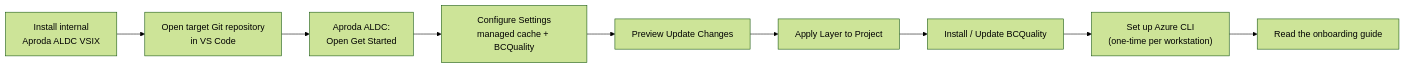
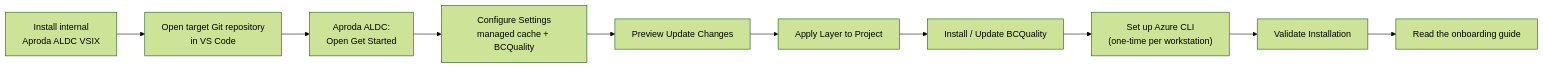
One commit to Aproda-AG/ALDC-AL-Development-Collection-Aproda changed the first of 2 diagrams in .github/readme.aproda.md. Above: the diagram before and after it, drawn with Mermaid (forest theme). The commit also changed other lines of this file and 2 other files, not shown here.

Commit message:
feat: enhance onboarding guide and VS Code commands for clarity and completeness

````diff
--- a/.github/readme.aproda.md
+++ b/.github/readme.aproda.md
@@ -36,11 +36,12 @@
 ```mermaid
 flowchart LR
    A["Install internal\nAproda ALDC VSIX"] --> B["Open target Git repository\nin VS Code"]
    B --> C["Aproda ALDC:\nOpen Get Started"]
    C --> D["Configure Settings\nmanaged cache + BCQuality"]
    D --> E["Preview Update Changes"]
    E --> F["Apply Layer to Project"]
    F --> G["Install / Update BCQuality"]
    G --> H["Set up Azure CLI\n(one-time per workstation)"]
-   H --> I["Read the onboarding guide"]
+   H --> I["Validate Installation"]
+   I --> J["Read the onboarding guide"]
 ```
````
